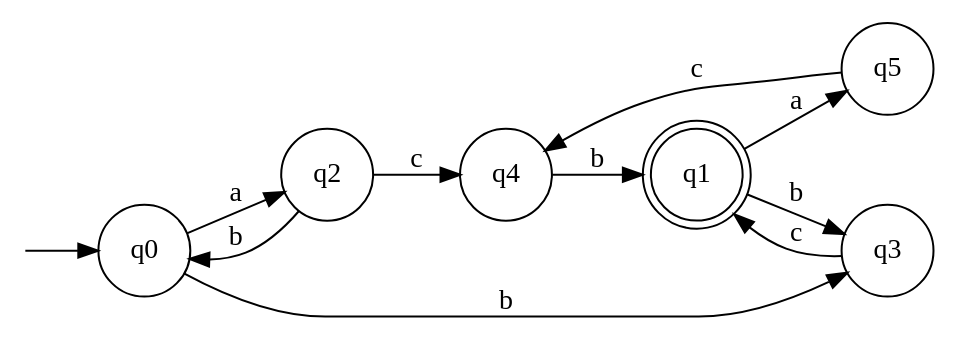
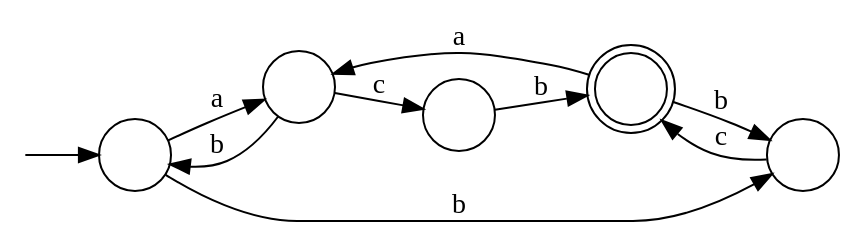
The diagram in dfa_m.dot (water-mizuu/finite_automata_conversion), drawn with Graphviz before and after one commit. The commit also changed 9 other files, not shown here.

```diff
--- a/dfa_m.dot
+++ b/dfa_m.dot
@@ -1,20 +1,18 @@
 digraph G {
   rankdir=LR;
   n__ [label="" shape=none width=.0];
-  0 [shape=circle label="q0"];
-  1 [shape=doublecircle label="q1"];
-  2 [shape=circle label="q2"];
-  3 [shape=circle label="q3"];
-  4 [shape=circle label="q4"];
-  5 [shape=circle label="q5"];
+  0 [shape=circle label=""];
+  1 [shape=doublecircle label=""];
+  2 [shape=circle label=""];
+  3 [shape=circle label=""];
+  4 [shape=circle label=""];
   n__ -> 0;
   0 -> 2 [label="a"];
   0 -> 3 [label="b"];
   2 -> 0 [label="b"];
   2 -> 4 [label="c"];
   3 -> 1 [label="c"];
   4 -> 1 [label="b"];
-  1 -> 5 [label="a"];
+  1 -> 2 [label="a"];
   1 -> 3 [label="b"];
-  5 -> 4 [label="c"];
 }
```
